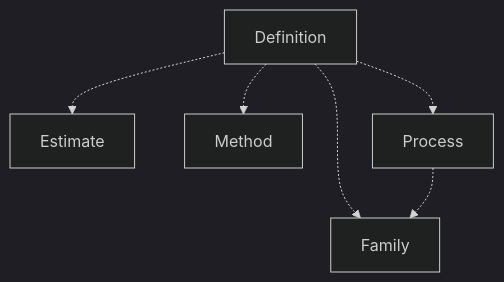
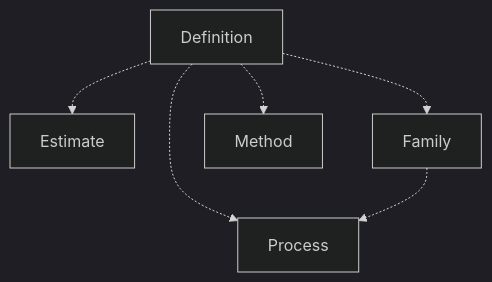
The diagram in examples/requirements/req/output/development/domain-domain.process.md (glemzurg/glemzurg), drawn with Mermaid (dark theme) before and after one commit. The commit also changed other lines of this file and 79 other files, not shown here.

````diff
--- a/examples/requirements/req/output/development/domain-domain.process.md
+++ b/examples/requirements/req/output/development/domain-domain.process.md
@@ -11,14 +11,14 @@
 ```mermaid
 graph TD
 subdomain_domain_process_subdomain_definition["Definition"]
 subdomain_domain_process_subdomain_estimate["Estimate"]
 subdomain_domain_process_subdomain_family["Family"]
 subdomain_domain_process_subdomain_method["Method"]
 subdomain_domain_process_subdomain_process["Process"]
 subdomain_domain_process_subdomain_definition -.-> subdomain_domain_process_subdomain_estimate
 subdomain_domain_process_subdomain_definition -.-> subdomain_domain_process_subdomain_family
 subdomain_domain_process_subdomain_definition -.-> subdomain_domain_process_subdomain_method
 subdomain_domain_process_subdomain_definition -.-> subdomain_domain_process_subdomain_process
-subdomain_domain_process_subdomain_process -.-> subdomain_domain_process_subdomain_family
+subdomain_domain_process_subdomain_family -.-> subdomain_domain_process_subdomain_process
 
 ```
````
